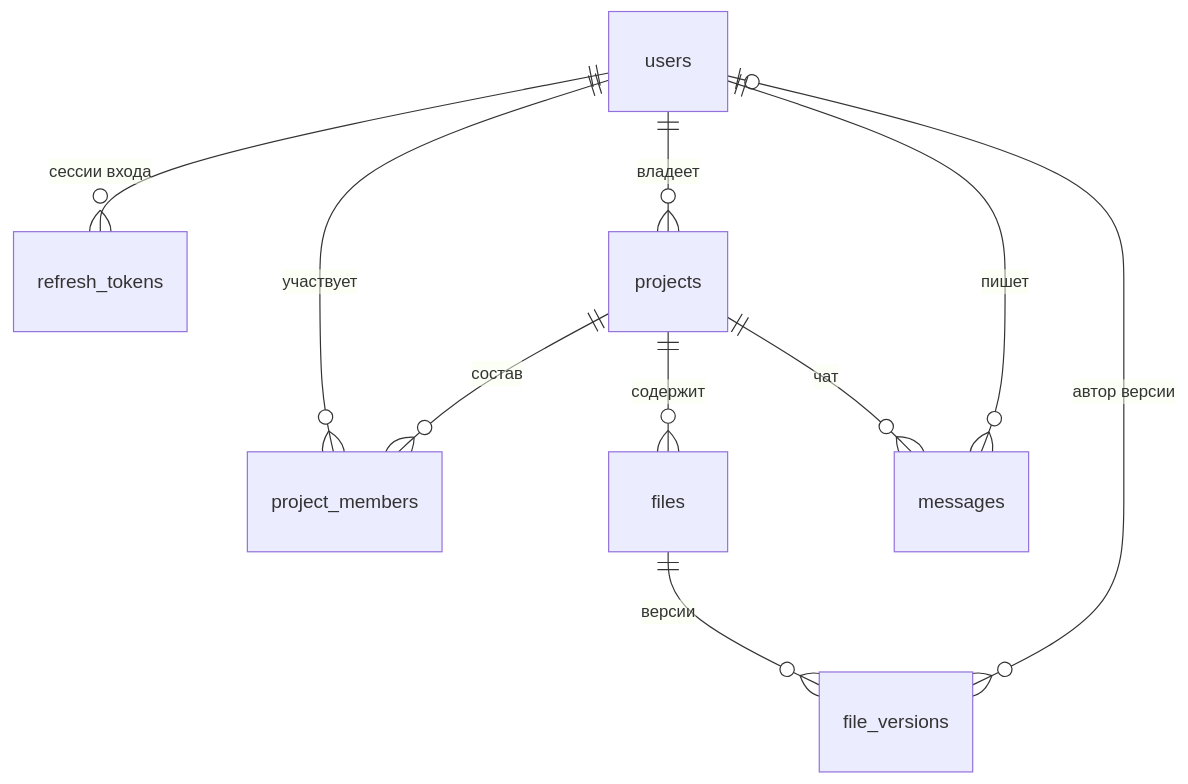
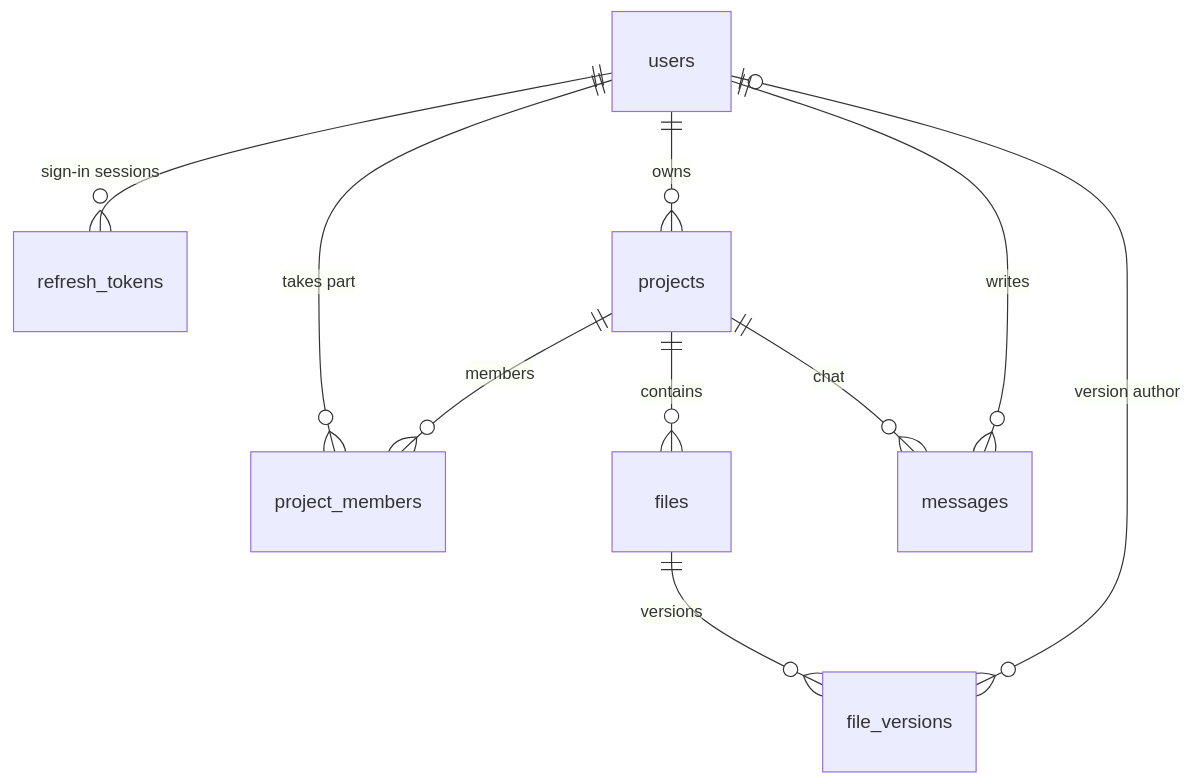
The diagram in docs/db/README.md (oCMEXo/my-Diplom), drawn with Mermaid before and after one commit. The commit also changed other lines of this file and 40 other files, not shown here.

````diff
--- a/docs/db/README.md
+++ b/docs/db/README.md
@@ -60,12 +63,12 @@
 ```mermaid
 erDiagram
-  users ||--o{ refresh_tokens : "сессии входа"
-  users ||--o{ projects : "владеет"
-  users ||--o{ project_members : "участвует"
-  projects ||--o{ project_members : "состав"
-  projects ||--o{ files : "содержит"
-  files ||--o{ file_versions : "версии"
-  users |o--o{ file_versions : "автор версии"
-  projects ||--o{ messages : "чат"
-  users ||--o{ messages : "пишет"
+  users ||--o{ refresh_tokens : "sign-in sessions"
+  users ||--o{ projects : "owns"
+  users ||--o{ project_members : "takes part"
+  projects ||--o{ project_members : "members"
+  projects ||--o{ files : "contains"
+  files ||--o{ file_versions : "versions"
+  users |o--o{ file_versions : "version author"
+  projects ||--o{ messages : "chat"
+  users ||--o{ messages : "writes"
 ```
````
